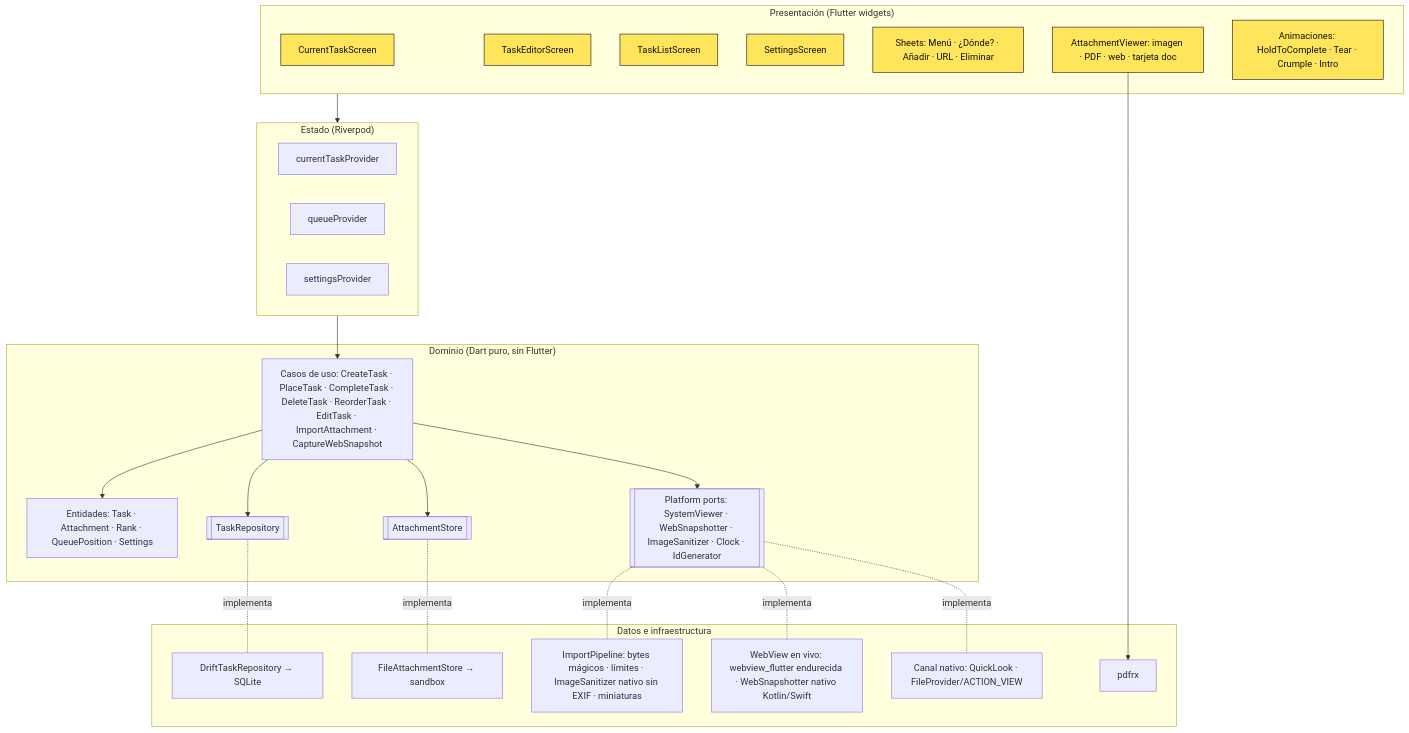
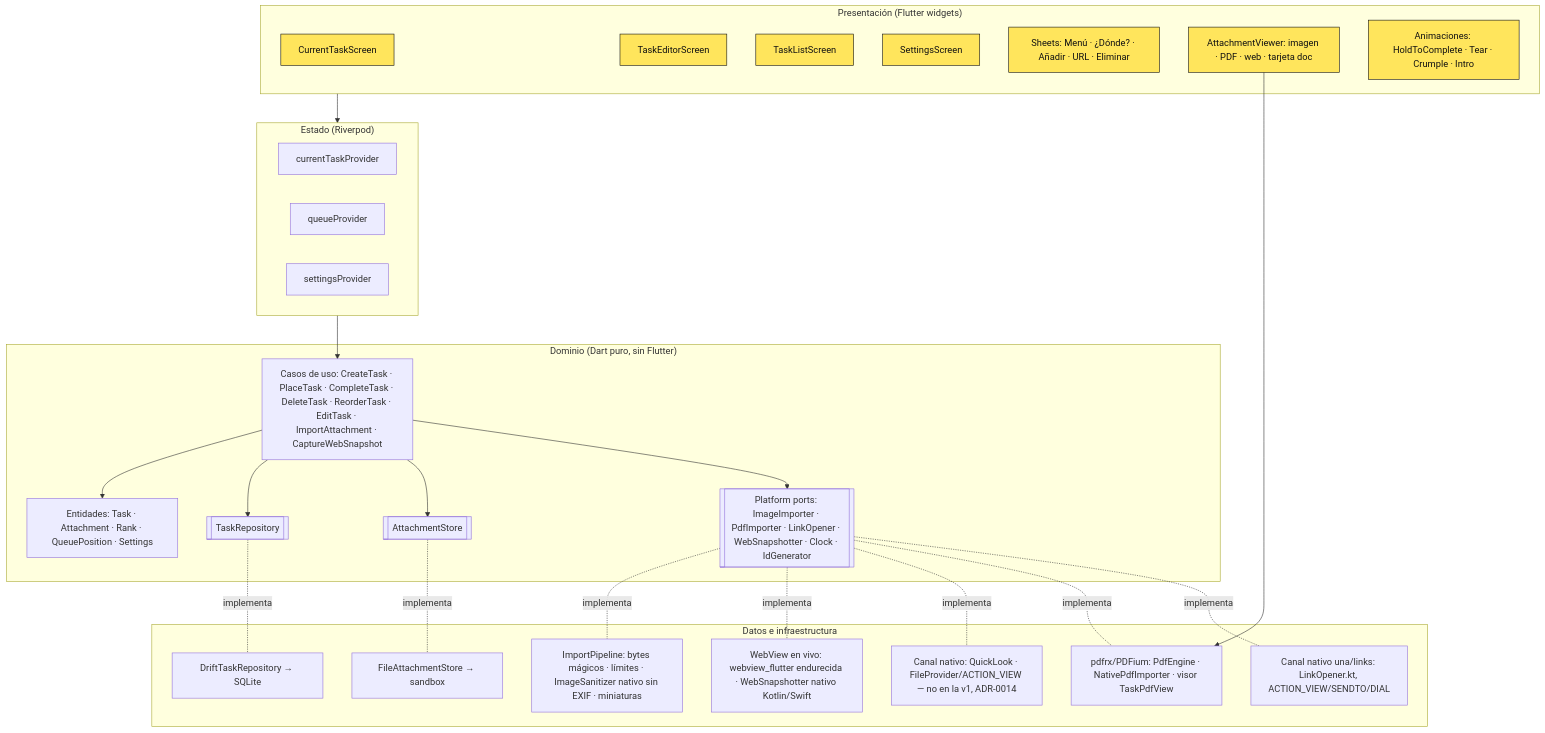
The first of 4 diagrams in docs/architecture.md (svallev/una), drawn with Mermaid before and after one commit. The commit also changed other lines of this file and 148 other files, not shown here.

````diff
--- a/docs/architecture.md
+++ b/docs/architecture.md
@@ -7,40 +7,41 @@
 ```mermaid
 flowchart TB
   subgraph UI["Presentación (Flutter widgets)"]
     S1[CurrentTaskScreen]:::ui
     S2[TaskEditorScreen]:::ui
     S3[TaskListScreen]:::ui
     S4[SettingsScreen]:::ui
     SH[Sheets: Menú · ¿Dónde? · Añadir · URL · Eliminar]:::ui
     V[AttachmentViewer: imagen · PDF · web · tarjeta doc]:::ui
     FX[Animaciones: HoldToComplete · Tear · Crumple · Intro]:::ui
   end
   subgraph STATE["Estado (Riverpod)"]
     P1[currentTaskProvider]
     P2[queueProvider]
     P3[settingsProvider]
   end
   subgraph DOMAIN["Dominio (Dart puro, sin Flutter)"]
     UC[Casos de uso: CreateTask · PlaceTask · CompleteTask · DeleteTask · ReorderTask · EditTask · ImportAttachment · CaptureWebSnapshot]
     E[Entidades: Task · Attachment · Rank · QueuePosition · Settings]
     RP[[TaskRepository]]
     AS[[AttachmentStore]]
-    PF[[Platform ports: SystemViewer · WebSnapshotter · ImageSanitizer · Clock · IdGenerator]]
+    PF[[Platform ports: ImageImporter · PdfImporter · LinkOpener · WebSnapshotter · Clock · IdGenerator]]
   end
   subgraph DATA["Datos e infraestructura"]
     DR[DriftTaskRepository → SQLite]
     FS[FileAttachmentStore → sandbox]
     IMP[ImportPipeline: bytes mágicos · límites · ImageSanitizer nativo sin EXIF · miniaturas]
     WV[WebView en vivo: webview_flutter endurecida · WebSnapshotter nativo Kotlin/Swift]
-    PDF[pdfrx]
-    NV[Canal nativo: QuickLook · FileProvider/ACTION_VIEW]
+    PDF[pdfrx/PDFium: PdfEngine · NativePdfImporter · visor TaskPdfView]
+    LNK[Canal nativo una/links: LinkOpener.kt, ACTION_VIEW/SENDTO/DIAL]
+    NV[Canal nativo: QuickLook · FileProvider/ACTION_VIEW — no en la v1, ADR-0014]
   end
   UI --> STATE --> UC
   UC --> E
   UC --> RP & AS & PF
   RP -.implementa.- DR
   AS -.implementa.- FS
-  PF -.implementa.- IMP & WV & NV
+  PF -.implementa.- IMP & WV & NV & PDF & LNK
   V --> PDF
   classDef ui fill:#FFE55C,stroke:#111,color:#111
 ```
````
